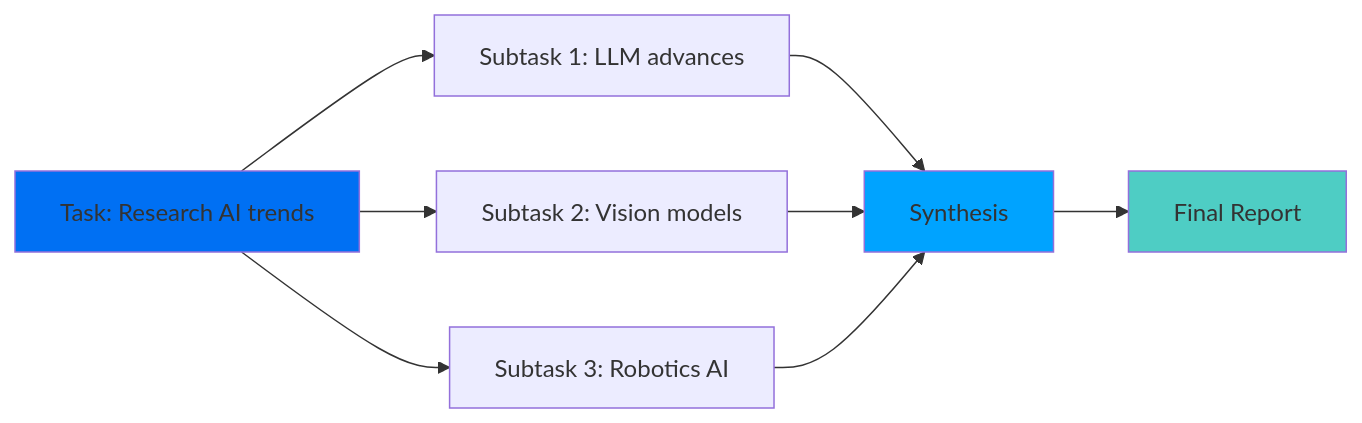
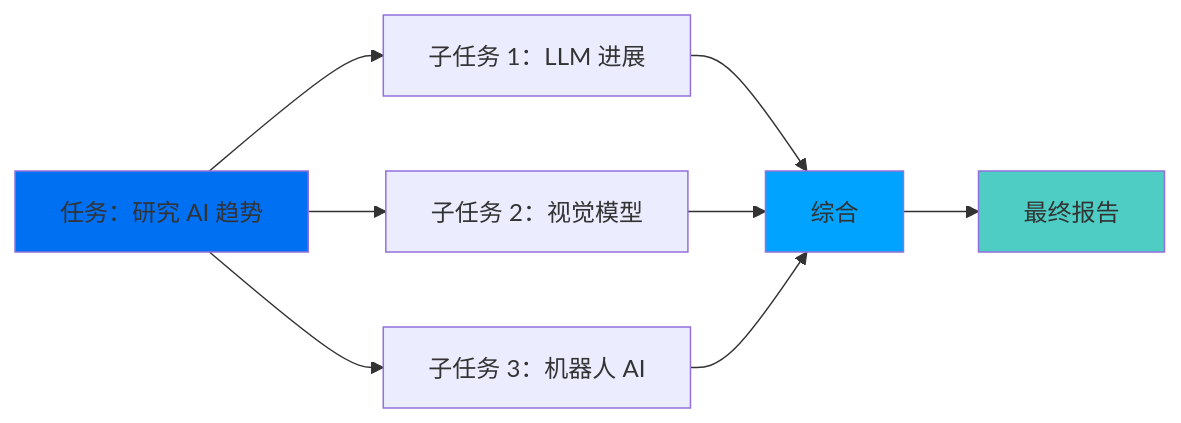
Before and after one commit to Kocoro-lab/Shannon-docs: the second of 2 diagrams in cn/quickstart/concepts/workflows.mdx, drawn with Mermaid. The commit also changed other lines of this file and 4 other files, not shown here.

````diff
--- a/cn/quickstart/concepts/workflows.mdx
+++ b/cn/quickstart/concepts/workflows.mdx
@@ -198,16 +190,16 @@
 ```mermaid
 graph LR
-    A[Task: Research AI trends] --> B[Subtask 1: LLM advances]
-    A --> C[Subtask 2: Vision models]
-    A --> D[Subtask 3: Robotics AI]
+    A[任务：研究 AI 趋势] --> B[子任务 1：LLM 进展]
+    A --> C[子任务 2：视觉模型]
+    A --> D[子任务 3：机器人 AI]
 
-    B --> E[Synthesis]
+    B --> E[综合]
     C --> E
     D --> E
 
-    E --> F[Final Report]
+    E --> F[最终报告]
 
     style A fill:#0070F3
     style E fill:#00A3FF
     style F fill:#4ECDC4
 ```
````
